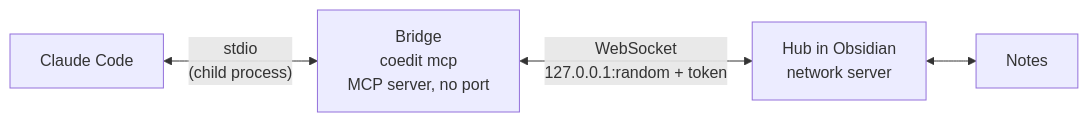
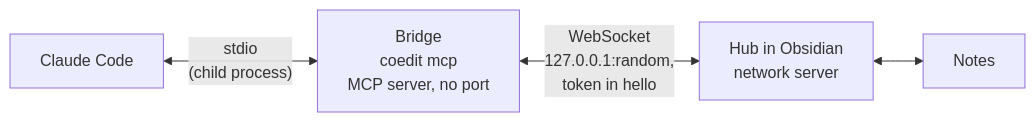
Before and after one commit to novazembla/md-coeditor: the second of 4 diagrams in openspec/docs/architecture.md, drawn with Mermaid. The commit also changed other lines of this file and 140 other files, not shown here.

````diff
--- a/openspec/docs/architecture.md
+++ b/openspec/docs/architecture.md
@@ -99,6 +106,6 @@
 ```mermaid
 flowchart LR
   CC["Claude Code"] <-->|"stdio<br/>(child process)"| B["Bridge<br/>coedit mcp<br/>MCP server, no port"]
-  B <-->|"WebSocket<br/>127.0.0.1:random + token"| H["Hub in Obsidian<br/>network server"]
+  B <-->|"WebSocket<br/>127.0.0.1:random,<br/>token in hello"| H["Hub in Obsidian<br/>network server"]
   H <--> N["Notes"]
 ```
````
